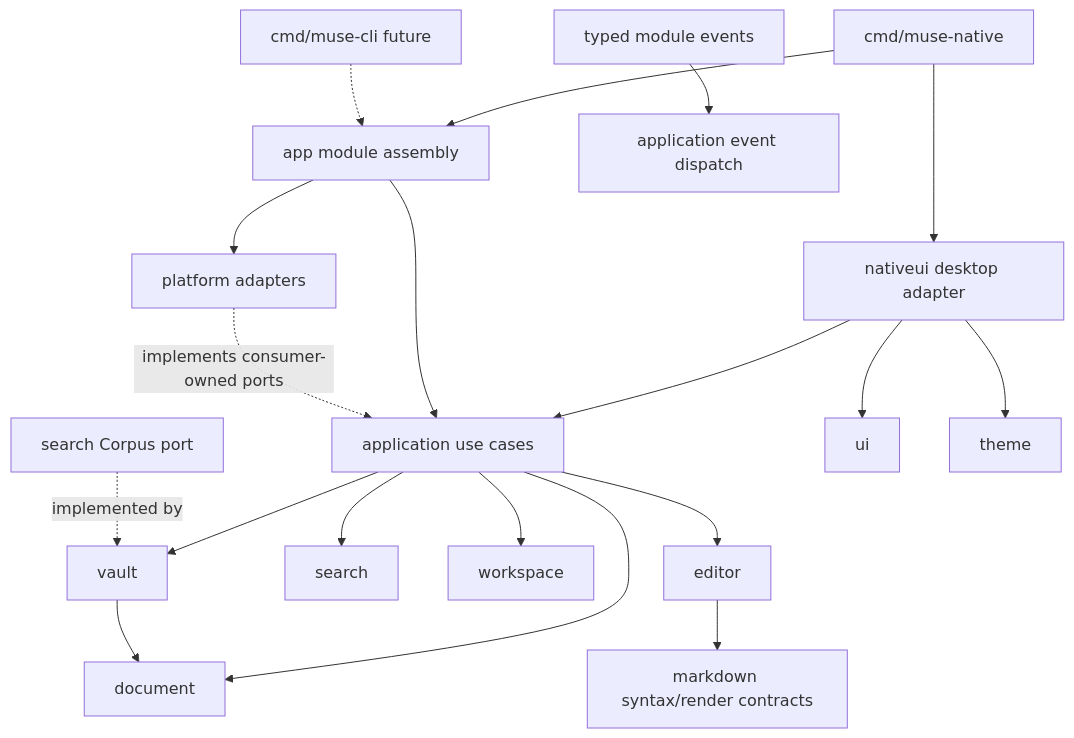
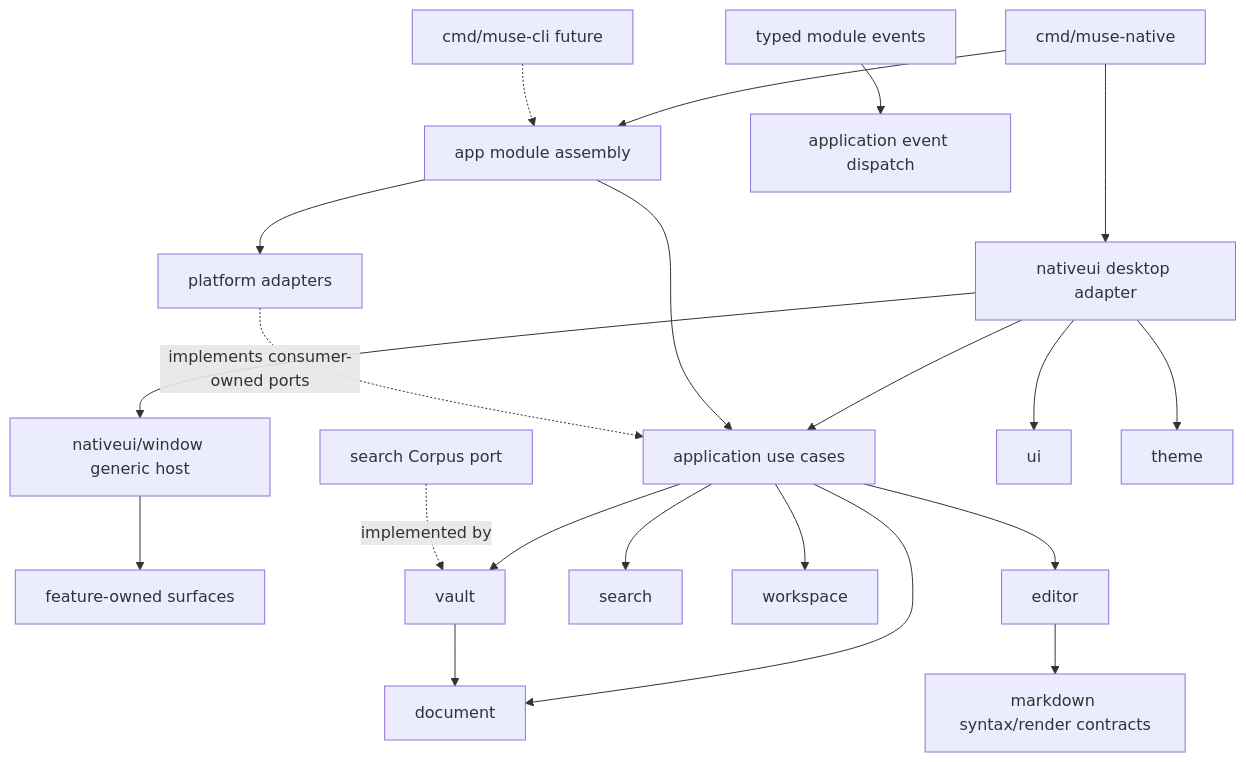
Before and after one commit to wheregrassdreams/muse: the diagram in docs/architecture.md, drawn with Mermaid. The commit also changed other lines of this file, not shown here.

Commit message:
docs(architecture): define generic window hosting

````diff
--- a/docs/architecture.md
+++ b/docs/architecture.md
@@ -132,21 +141,23 @@
 ```mermaid
 flowchart TD
   DesktopCmd[cmd/muse-native] --> App[app module assembly]
   CLIFuture[cmd/muse-cli future] -.-> App
   DesktopCmd --> UI[nativeui desktop adapter]
+  UI --> WindowHost[nativeui/window generic host]
+  WindowHost --> Surfaces[feature-owned surfaces]
   UI --> UseCases[application use cases]
   App --> UseCases
   App --> Platform[platform adapters]
   UseCases --> Document[document]
   UseCases --> Vault[vault]
   UseCases --> Search[search]
   UseCases --> Workspace[workspace]
   UseCases --> Editor[editor]
   Editor --> Markdown[markdown syntax/render contracts]
   Vault --> Document
   SearchPort[search Corpus port] -.implemented by.-> Vault
   Platform -.implements consumer-owned ports.-> UseCases
   UI --> SharedUI[ui]
   UI --> Theme[theme]
   DomainEvents[typed module events] --> Dispatcher[application event dispatch]
 ```
````
